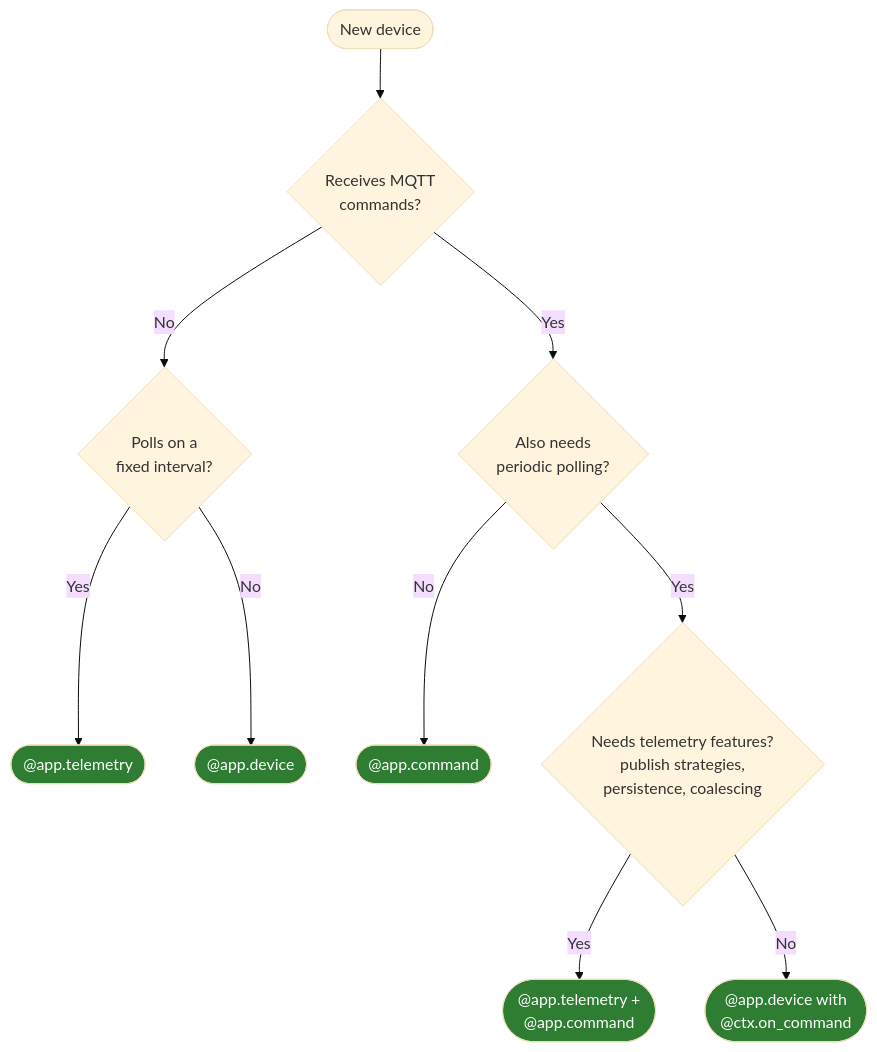
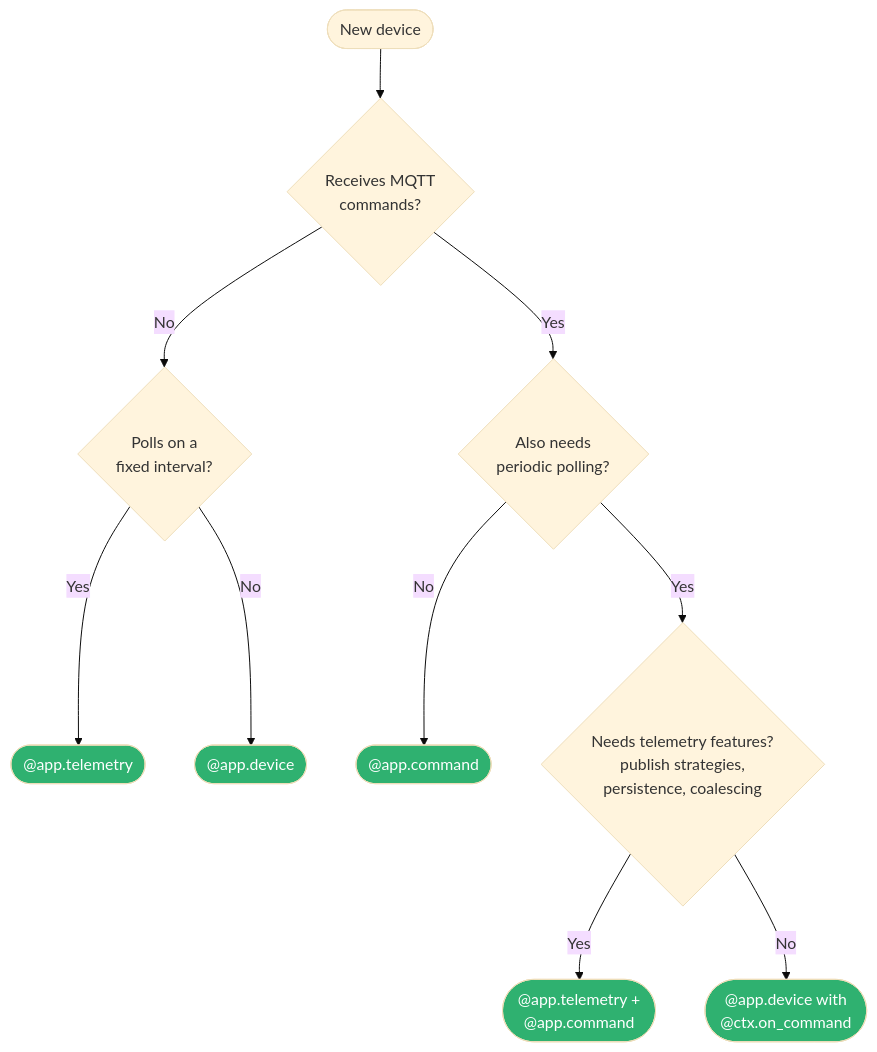
One commit to ff-fab/cosalette changed the fourth of 4 diagrams in docs/concepts/device-archetypes.md. Above: the diagram before and after it, drawn with Mermaid (base theme). The commit also changed 8 other files, not shown here.

First line of the commit message:
feat: hero responsive CSS and Mermaid brand color alignment (#153)

````diff
--- a/docs/concepts/device-archetypes.md
+++ b/docs/concepts/device-archetypes.md
@@ -278,20 +278,20 @@
 ```mermaid
 graph TD
     Start([New device]) --> Q1{Receives MQTT<br/>commands?}
 
     Q1 -->|No| Q2{Polls on a<br/>fixed interval?}
     Q2 -->|Yes| T(["@app.telemetry"])
     Q2 -->|No| D1(["@app.device"])
 
     Q1 -->|Yes| Q3{Also needs<br/>periodic polling?}
     Q3 -->|No| C(["@app.command"])
     Q3 -->|Yes| Q4{Needs telemetry features?<br/>publish strategies,<br/>persistence, coalescing}
     Q4 -->|Yes| TC(["@app.telemetry +<br/>@app.command"])
     Q4 -->|No| D2(["@app.device with<br/>@ctx.on_command"])
 
-    style T fill:#2e7d32,color:#fff
-    style D1 fill:#2e7d32,color:#fff
-    style C fill:#2e7d32,color:#fff
-    style TC fill:#2e7d32,color:#fff
-    style D2 fill:#2e7d32,color:#fff
+    style T fill:#2FB170,color:#fff
+    style D1 fill:#2FB170,color:#fff
+    style C fill:#2FB170,color:#fff
+    style TC fill:#2FB170,color:#fff
+    style D2 fill:#2FB170,color:#fff
 ```
````
